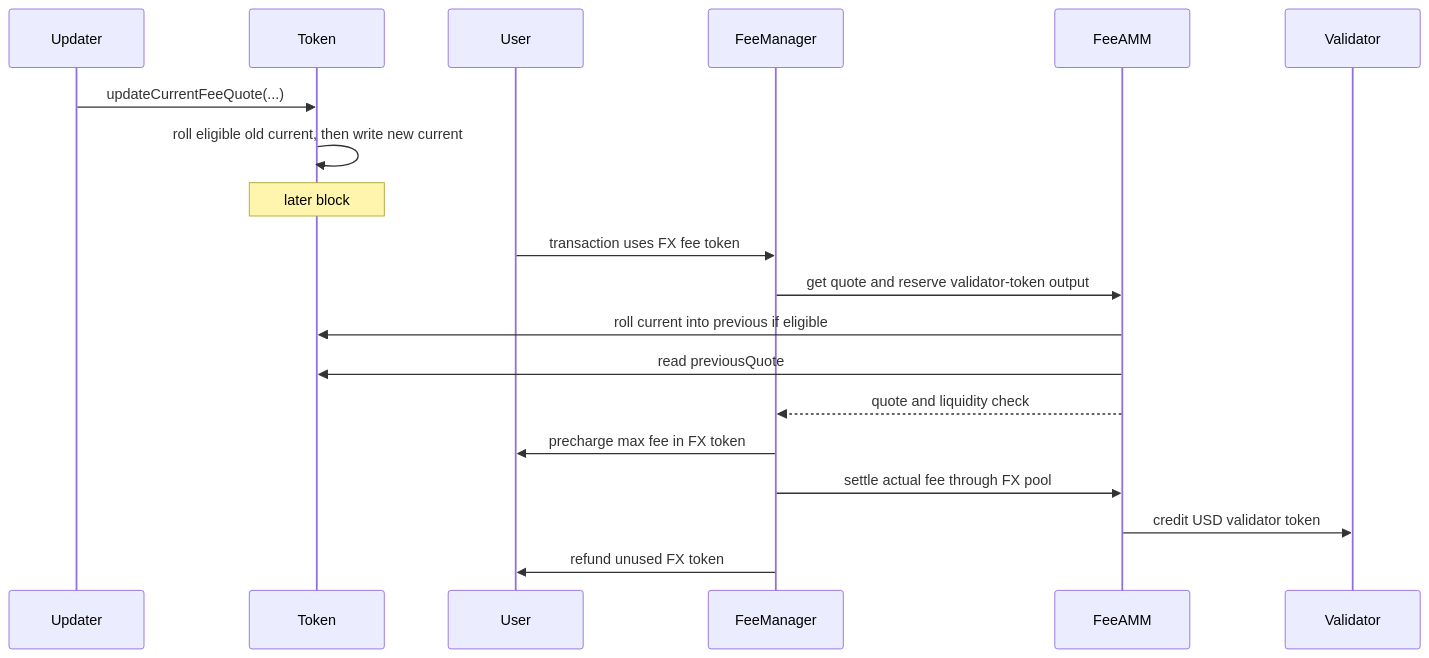
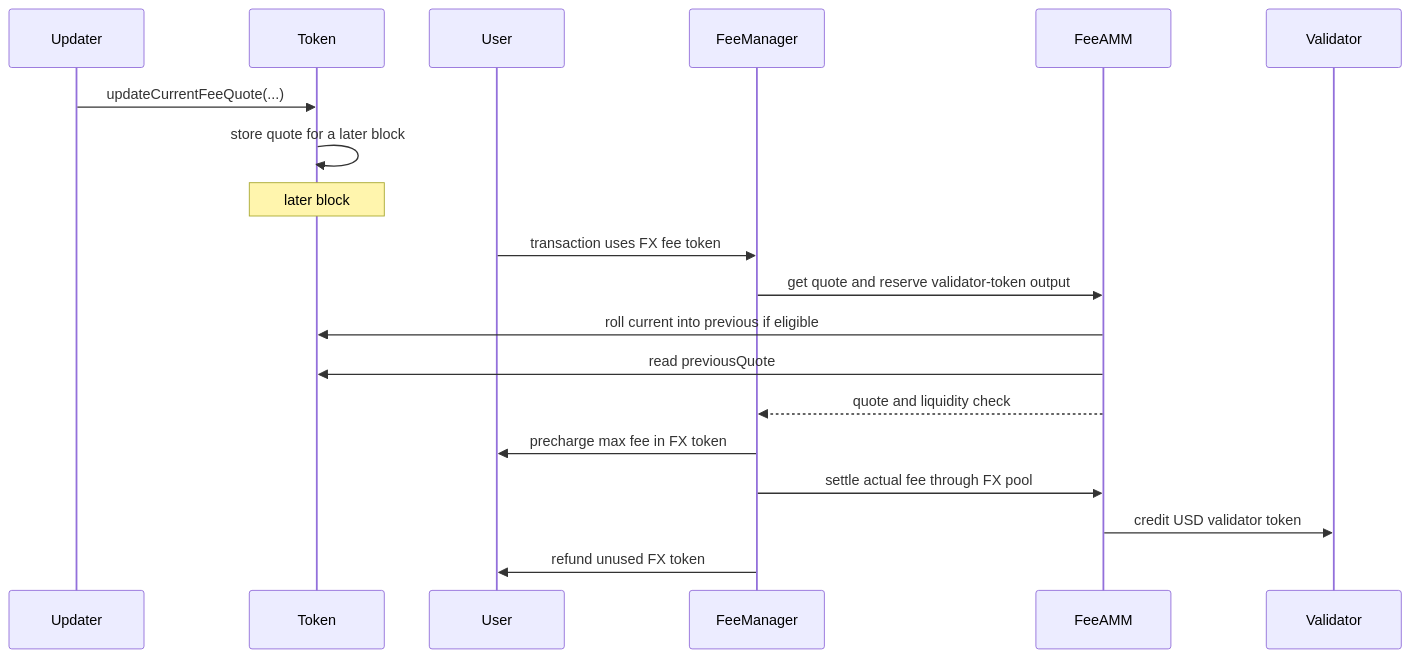
Before and after one commit to tempoxyz/tempo: the diagram in tips/tip-1054.md, drawn with Mermaid. The commit also changed other lines of this file, not shown here.

Commit message:
docs(tip-1054): simplify quote and fee flow

````diff
--- a/tips/tip-1054.md
+++ b/tips/tip-1054.md
@@ -43,22 +41,22 @@
 ```mermaid
 sequenceDiagram
     participant Updater
     participant Token
     participant User
     participant FeeManager
     participant FeeAMM
     participant Validator
 
     Updater->>Token: updateCurrentFeeQuote(...)
-    Token->>Token: roll eligible old current, then write new current
+    Token->>Token: store quote for a later block
     Note over Token: later block
     User->>FeeManager: transaction uses FX fee token
     FeeManager->>FeeAMM: get quote and reserve validator-token output
     FeeAMM->>Token: roll current into previous if eligible
     FeeAMM->>Token: read previousQuote
     FeeAMM-->>FeeManager: quote and liquidity check
     FeeManager->>User: precharge max fee in FX token
     FeeManager->>FeeAMM: settle actual fee through FX pool
     FeeAMM->>Validator: credit USD validator token
     FeeManager->>User: refund unused FX token
 ```
````
